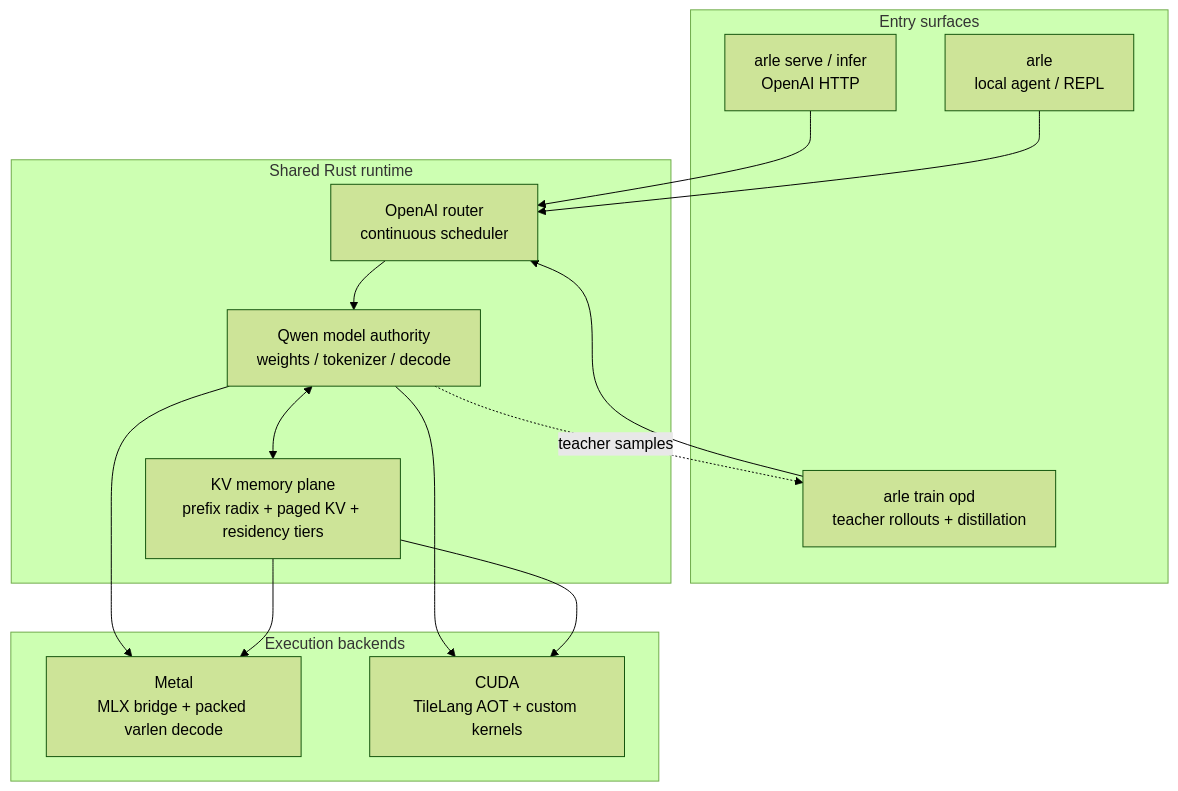
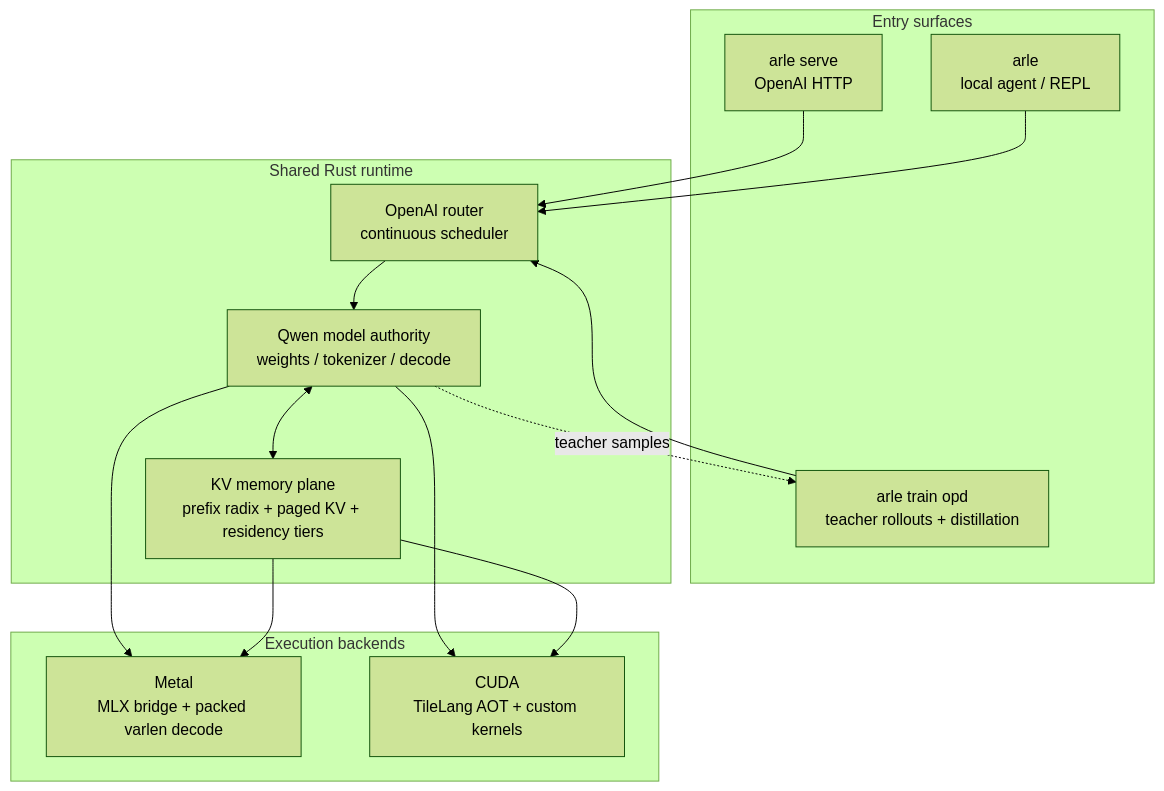
Before and after one commit to acupof-ai/arle: the diagram in README.md, drawn with Mermaid (forest theme). The commit also changed other lines of this file and 13 other files, not shown here.

````diff
--- a/README.md
+++ b/README.md
@@ -121,30 +121,30 @@
 ```mermaid
 flowchart TB
   subgraph Surface["Entry surfaces"]
-    Serve["arle serve / infer<br/>OpenAI HTTP"]
+    Serve["arle serve<br/>OpenAI HTTP"]
     Agent["arle<br/>local agent / REPL"]
     Train["arle train opd<br/>teacher rollouts + distillation"]
   end
 
   subgraph Runtime["Shared Rust runtime"]
     Router["OpenAI router<br/>continuous scheduler"]
     Model["Qwen model authority<br/>weights / tokenizer / decode"]
     KV["KV memory plane<br/>prefix radix + paged KV + residency tiers"]
   end
 
   subgraph Backend["Execution backends"]
     Metal["Metal<br/>MLX bridge + packed varlen decode"]
     CUDA["CUDA<br/>TileLang AOT + custom kernels"]
   end
 
   Serve --> Router
   Agent --> Router
   Train --> Router
   Router --> Model
   Model <--> KV
   Model --> Metal
   Model --> CUDA
   KV --> Metal
   KV --> CUDA
   Model -. teacher samples .-> Train
 ```
````
